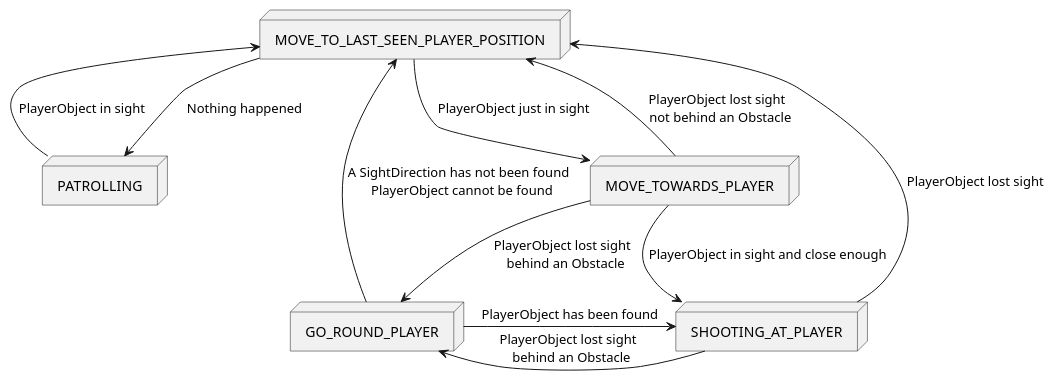
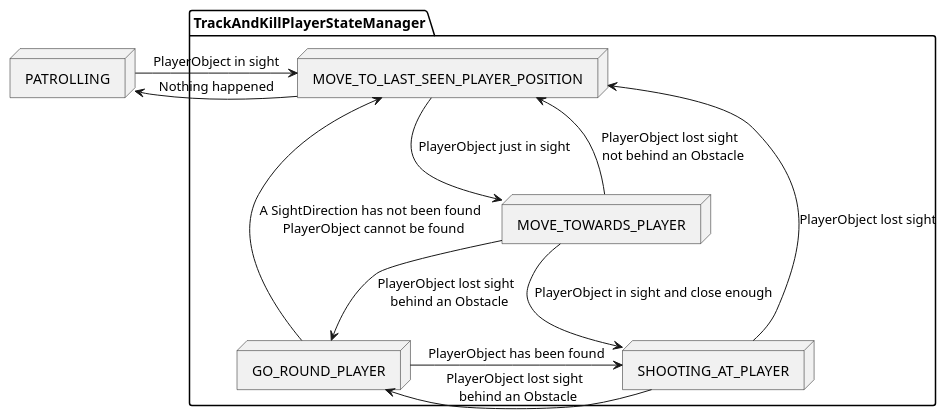
One commit to ldalzotto/ProjectUndefined-Prototype changed the diagram in Assets/Undefined/Logic/SoldierBehavior/SoliderBehavior.md. Above: the diagram before and after it, drawn with PlantUML. The commit also changed 11 other files, not shown here.

Commit message:
FEAT-002 - REFACTOR - Creating the TrackAndKillPlayerStateManager sub StateManager

`````diff
--- a/Assets/Undefined/Logic/SoldierBehavior/SoliderBehavior.md
+++ b/Assets/Undefined/Logic/SoldierBehavior/SoliderBehavior.md
@@ -5,22 +5,25 @@
 ````puml
             node PATROLLING
-            node MOVE_TOWARDS_PLAYER
-            node GO_ROUND_PLAYER
-            node SHOOTING_AT_PLAYER
-            node MOVE_TO_LAST_SEEN_PLAYER_POSITION
         
-            PATROLLING -left-> MOVE_TO_LAST_SEEN_PLAYER_POSITION : PlayerObject in sight
+            package TrackAndKillPlayerStateManager {
+                node MOVE_TOWARDS_PLAYER
+                node GO_ROUND_PLAYER
+                node SHOOTING_AT_PLAYER
+                node MOVE_TO_LAST_SEEN_PLAYER_POSITION
+            }
+
+            PATROLLING -> MOVE_TO_LAST_SEEN_PLAYER_POSITION : PlayerObject in sight
+            MOVE_TO_LAST_SEEN_PLAYER_POSITION -> PATROLLING : Nothing happened
 
             MOVE_TOWARDS_PLAYER -down-> SHOOTING_AT_PLAYER : PlayerObject in sight and close enough
             MOVE_TOWARDS_PLAYER -> GO_ROUND_PLAYER : PlayerObject lost sight \n behind an Obstacle
             MOVE_TOWARDS_PLAYER -> MOVE_TO_LAST_SEEN_PLAYER_POSITION : PlayerObject lost sight \n not behind an Obstacle
 
             SHOOTING_AT_PLAYER -> GO_ROUND_PLAYER : PlayerObject lost sight \n behind an Obstacle
             SHOOTING_AT_PLAYER -> MOVE_TO_LAST_SEEN_PLAYER_POSITION : PlayerObject lost sight
 
             GO_ROUND_PLAYER -> SHOOTING_AT_PLAYER : PlayerObject has been found
             GO_ROUND_PLAYER -up-> MOVE_TO_LAST_SEEN_PLAYER_POSITION : A SightDirection has not been found \n PlayerObject cannot be found
 
-            MOVE_TO_LAST_SEEN_PLAYER_POSITION -down-> PATROLLING : Nothing happened
             MOVE_TO_LAST_SEEN_PLAYER_POSITION -down-> MOVE_TOWARDS_PLAYER : PlayerObject just in sight
 ````
`````
